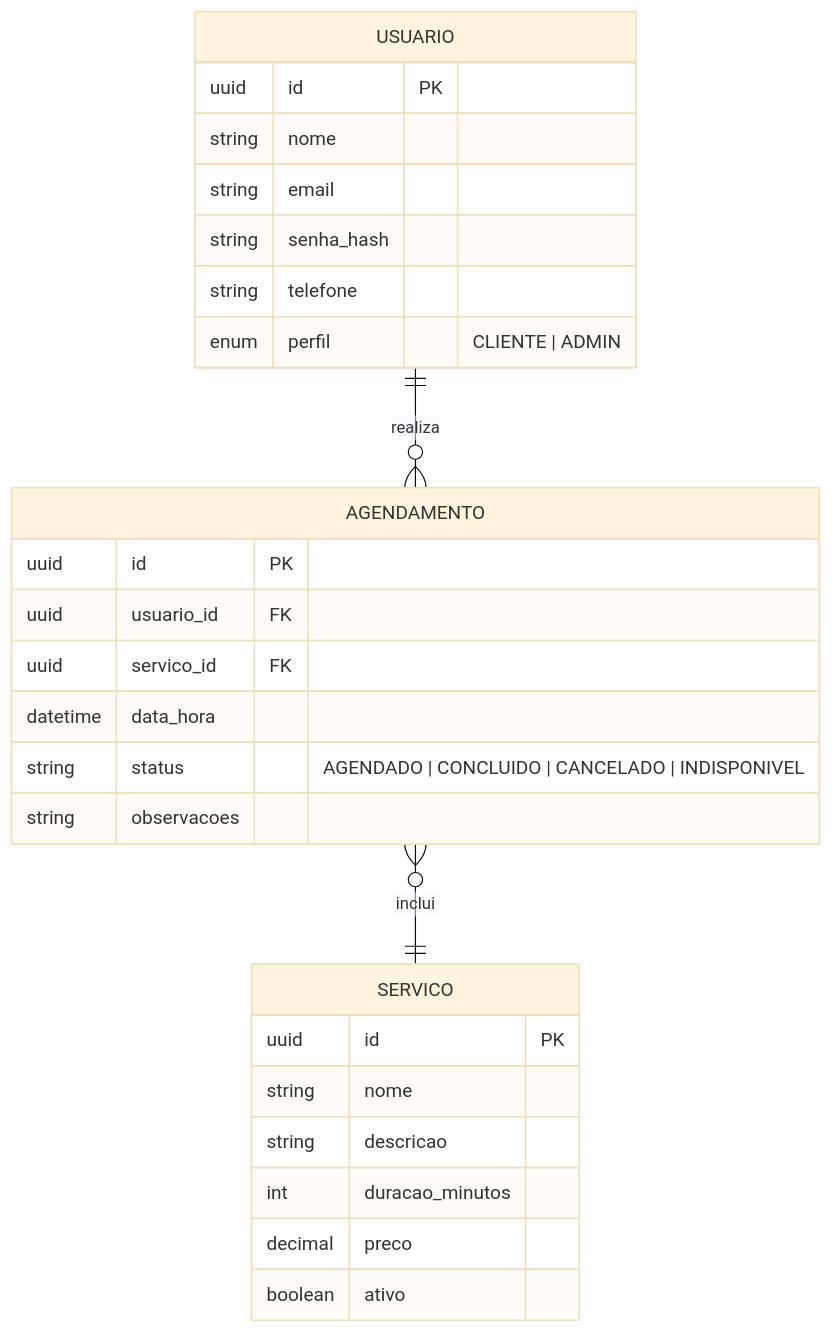
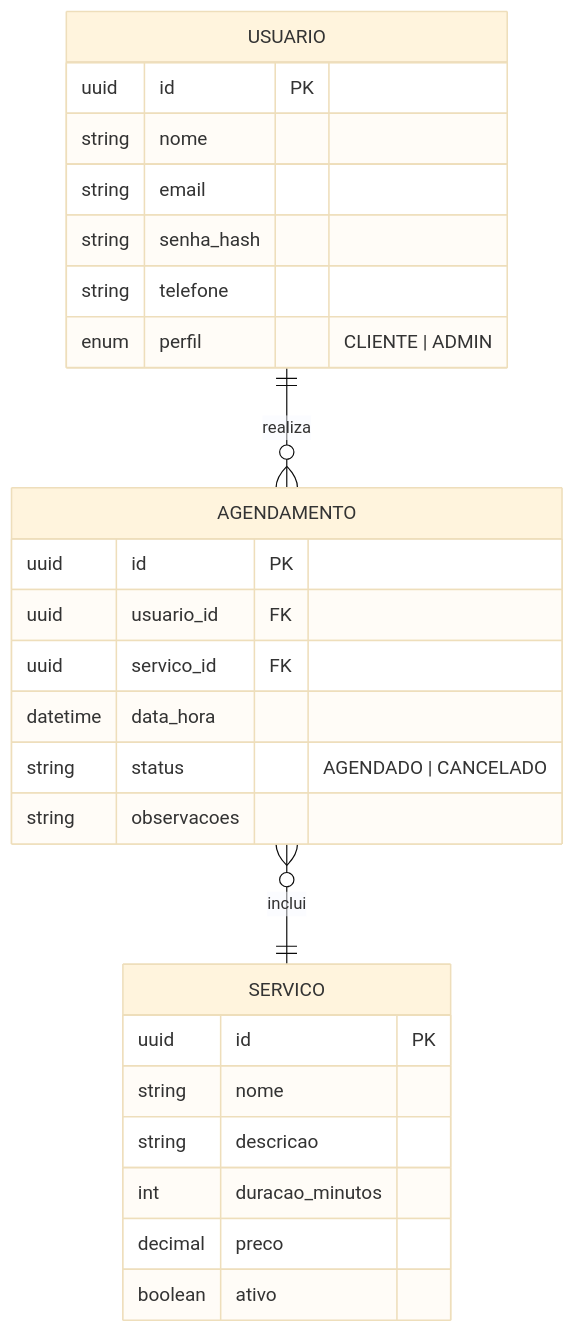
Before and after one commit to nycollassantos-compjr/desafio-backend-barbearia: the diagram in README.md, drawn with Mermaid (base theme).

Commit message:
Ajustando status agendamento

````diff
--- a/README.md
+++ b/README.md
@@ -38,32 +38,32 @@
 ```mermaid
 erDiagram
     USUARIO ||--o{ AGENDAMENTO : "realiza"
     AGENDAMENTO }o--|| SERVICO : "inclui"
 
     USUARIO {
         uuid id PK
         string nome
         string email
         string senha_hash
         string telefone
         enum perfil "CLIENTE | ADMIN"
     }
 
     SERVICO {
         uuid id PK
         string nome
         string descricao
         int duracao_minutos
         decimal preco
         boolean ativo
     }
 
     AGENDAMENTO {
         uuid id PK
         uuid usuario_id FK
         uuid servico_id FK
         datetime data_hora
-        string status "AGENDADO | CONCLUIDO | CANCELADO | INDISPONIVEL"
+        string status "AGENDADO | CANCELADO"
         string observacoes
     }
 ```
````
